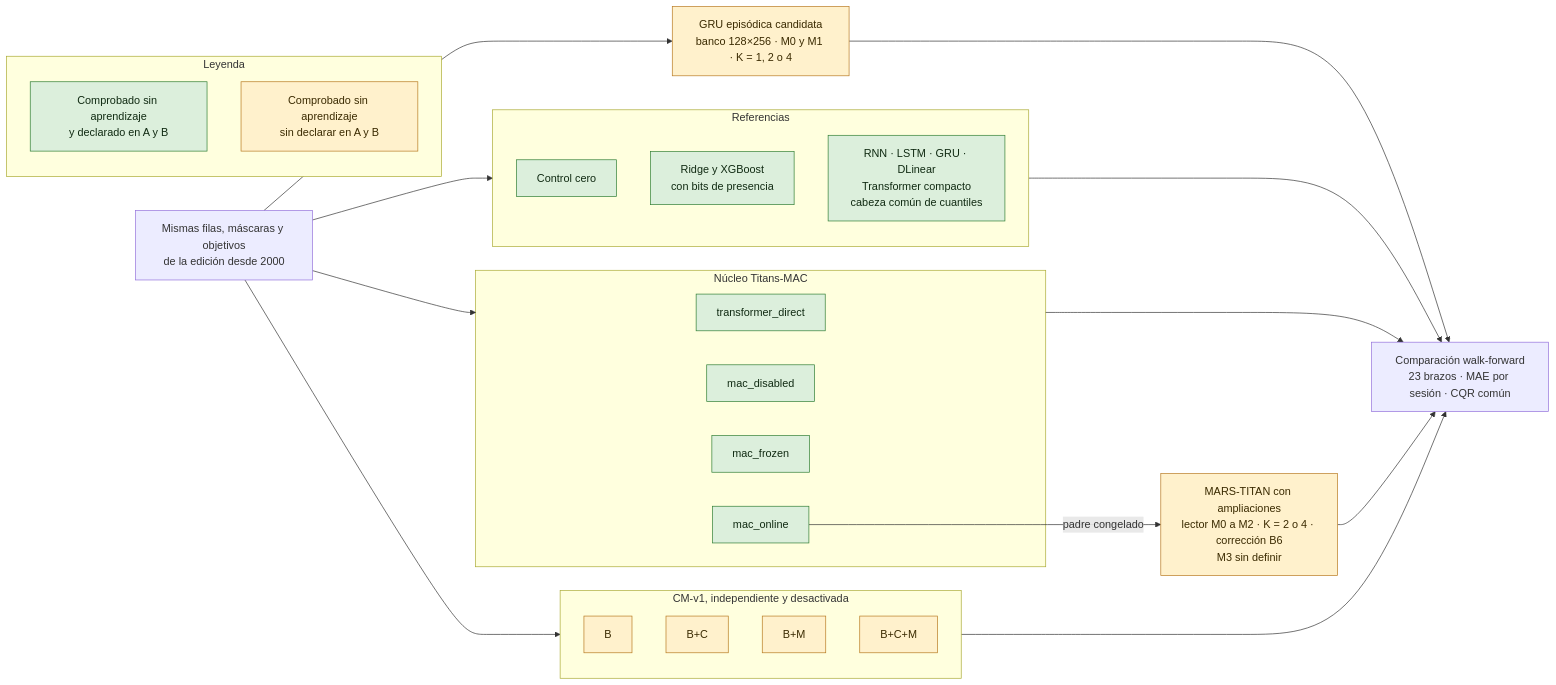
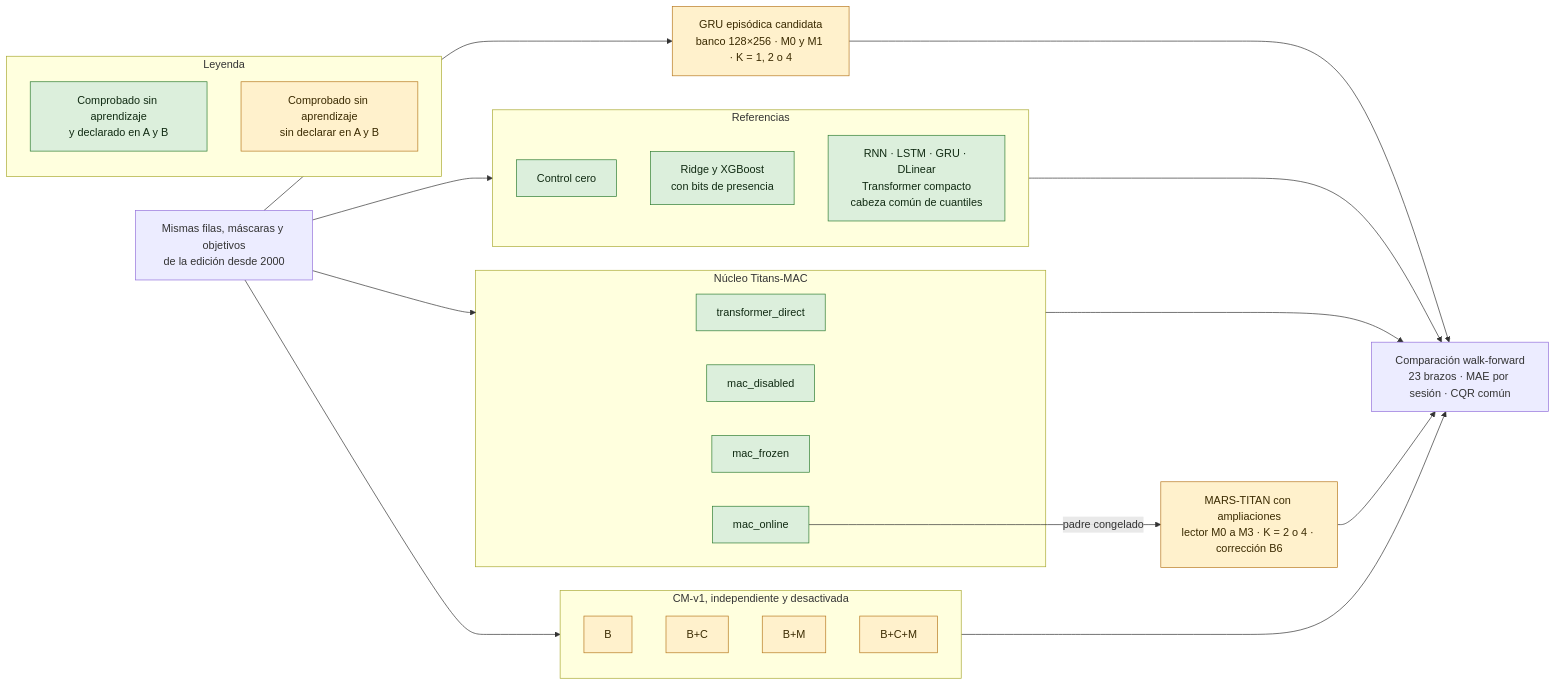
The second of 3 diagrams in README.md (GonxKZ/mars-titan), drawn with Mermaid before and after one commit. The commit also changed other lines of this file and 10 other files, not shown here.

````diff
--- a/README.md
+++ b/README.md
@@ -73,50 +73,50 @@
 ```mermaid
 flowchart LR
     D["Mismas filas, máscaras y objetivos<br/>de la edición desde 2000"]
 
     subgraph REF["Referencias"]
         Z["Control cero"]:::comprobado
         TAB["Ridge y XGBoost<br/>con bits de presencia"]:::comprobado
         NEU["RNN · LSTM · GRU · DLinear<br/>Transformer compacto<br/>cabeza común de cuantiles"]:::comprobado
     end
 
     G["GRU episódica candidata<br/>banco 128×256 · M0 y M1 · K = 1, 2 o 4"]:::parcial
 
     subgraph TIT["Núcleo Titans-MAC"]
         T1["transformer_direct"]:::comprobado
         T2["mac_disabled"]:::comprobado
         T3["mac_frozen"]:::comprobado
         T4["mac_online"]:::comprobado
     end
 
-    M["MARS-TITAN con ampliaciones<br/>lector M0 a M2 · K = 2 o 4 · corrección B6<br/>M3 sin definir"]:::parcial
+    M["MARS-TITAN con ampliaciones<br/>lector M0 a M3 · K = 2 o 4 · corrección B6"]:::parcial
 
     subgraph CM["CM-v1, independiente y desactivada"]
         C1["B"]:::parcial
         C2["B+C"]:::parcial
         C3["B+M"]:::parcial
         C4["B+C+M"]:::parcial
     end
 
     EV["Comparación walk-forward<br/>23 brazos · MAE por sesión · CQR común"]
 
     D --> REF
     D --> G
     D --> TIT
     D --> CM
     T4 -- padre congelado --> M
     REF --> EV
     G --> EV
     TIT --> EV
     M --> EV
     CM --> EV
 
     subgraph LEY["Leyenda"]
         L1["Comprobado sin aprendizaje<br/>y declarado en A y B"]:::comprobado
         L2["Comprobado sin aprendizaje<br/>sin declarar en A y B"]:::parcial
     end
 
     classDef comprobado fill:#dcefdc,stroke:#2e7d32,color:#102a12
     classDef parcial fill:#fff1cc,stroke:#b7791f,color:#3a2a00
     classDef pendiente fill:#eeeeee,stroke:#757575,color:#222222,stroke-dasharray:5 3
 ```
````
